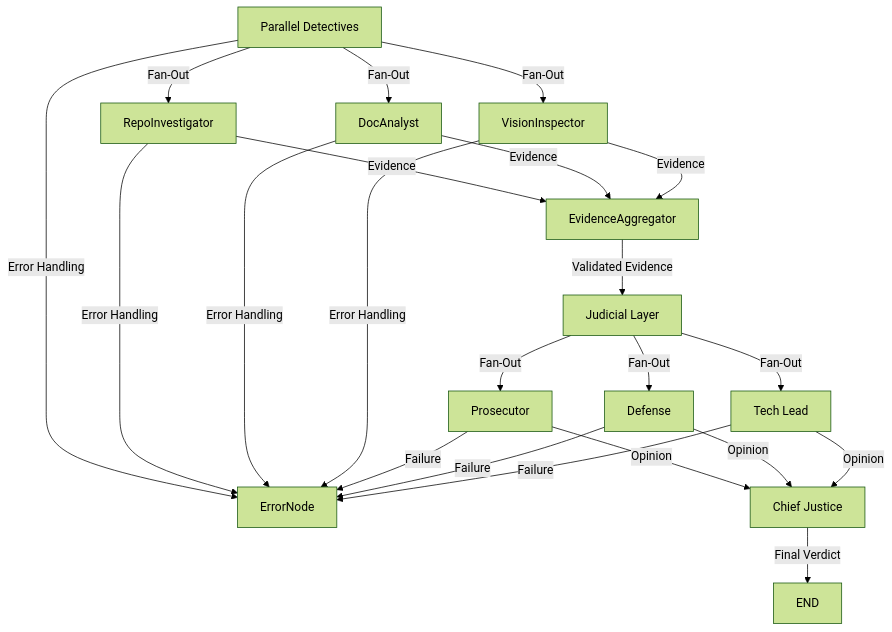
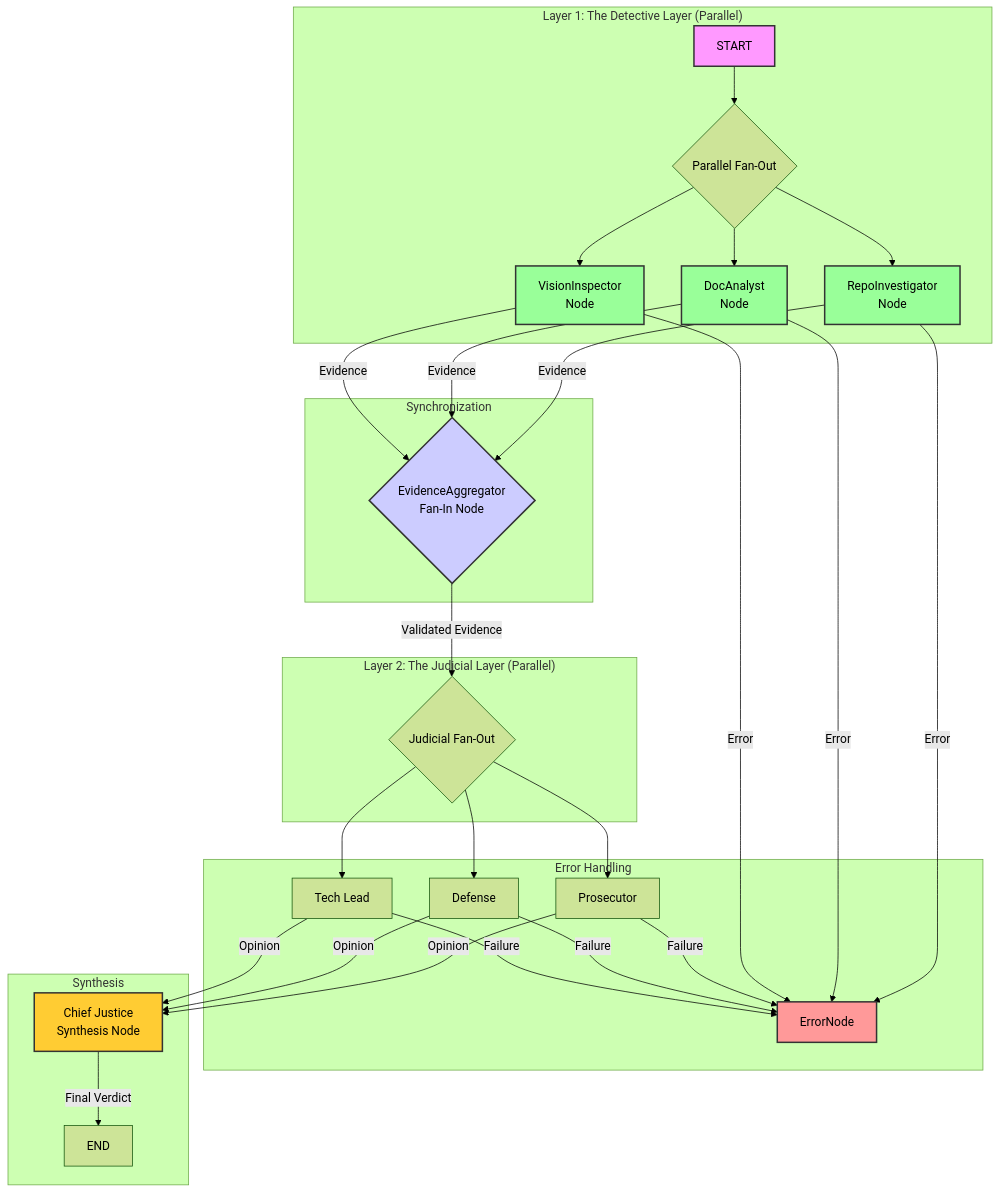
One commit to Azazh/the-automaton-auditor changed the diagram in README.md. Above: the diagram before and after it, drawn with Mermaid (forest theme). The commit also changed other lines of this file and 8 other files, not shown here.

````diff
--- a/README.md
+++ b/README.md
@@ -21,25 +26,46 @@
 ```mermaid
 graph TD
-    A[Parallel Detectives] -->|Fan-Out| B[RepoInvestigator]
-    A -->|Fan-Out| C[DocAnalyst]
-    A -->|Fan-Out| G[VisionInspector]
-    B -->|Evidence| D[EvidenceAggregator]
-    C -->|Evidence| D
-    G -->|Evidence| D
-    D -->|Validated Evidence| E[Judicial Layer]
-    A -->|Error Handling| F[ErrorNode]
-    B -->|Error Handling| F
-    C -->|Error Handling| F
-    G -->|Error Handling| F
-    %% Judicial Layer Parallelism
-    E -->|Fan-Out| J[Prosecutor]
-    E -->|Fan-Out| K[Defense]
-    E -->|Fan-Out| L[Tech Lead]
-    J -->|Opinion| M[Chief Justice]
-    K -->|Opinion| M
-    L -->|Opinion| M
-    M -->|Final Verdict| N[END]
-    J -->|Failure| F
-    K -->|Failure| F
-    L -->|Failure| F
+   subgraph "Layer 1: The Detective Layer (Parallel)"
+      A[START] --> B{Parallel Fan-Out}
+      B --> C[RepoInvestigator<br/>Node]
+      B --> D[DocAnalyst<br/>Node]
+      B --> G[VisionInspector<br/>Node]
+   end
+
+   subgraph "Error Handling"
+      C -->|Error| F[ErrorNode]
+      D -->|Error| F
+      G -->|Error| F
+      J -->|Failure| F
+      K -->|Failure| F
+      L -->|Failure| F
+   end
+
+   subgraph "Synchronization"
+      C -->|Evidence| E{EvidenceAggregator<br/>Fan-In Node}
+      D -->|Evidence| E
+      G -->|Evidence| E
+   end
+
+   subgraph "Layer 2: The Judicial Layer (Parallel)"
+      E -->|Validated Evidence| H{Judicial Fan-Out}
+      H --> J[Prosecutor]
+      H --> K[Defense]
+      H --> L[Tech Lead]
+   end
+
+   subgraph "Synthesis"
+      J -->|Opinion| M[Chief Justice<br/>Synthesis Node]
+      K -->|Opinion| M
+      L -->|Opinion| M
+      M -->|Final Verdict| N[END]
+   end
+
+   style A fill:#f9f,stroke:#333,stroke-width:2px
+   style E fill:#ccf,stroke:#333,stroke-width:2px
+   style C fill:#9f9,stroke:#333,stroke-width:2px
+   style D fill:#9f9,stroke:#333,stroke-width:2px
+   style G fill:#9f9,stroke:#333,stroke-width:2px
+   style F fill:#f99,stroke:#333,stroke-width:2px
+   style M fill:#fc3,stroke:#333,stroke-width:2px
 ```
````
